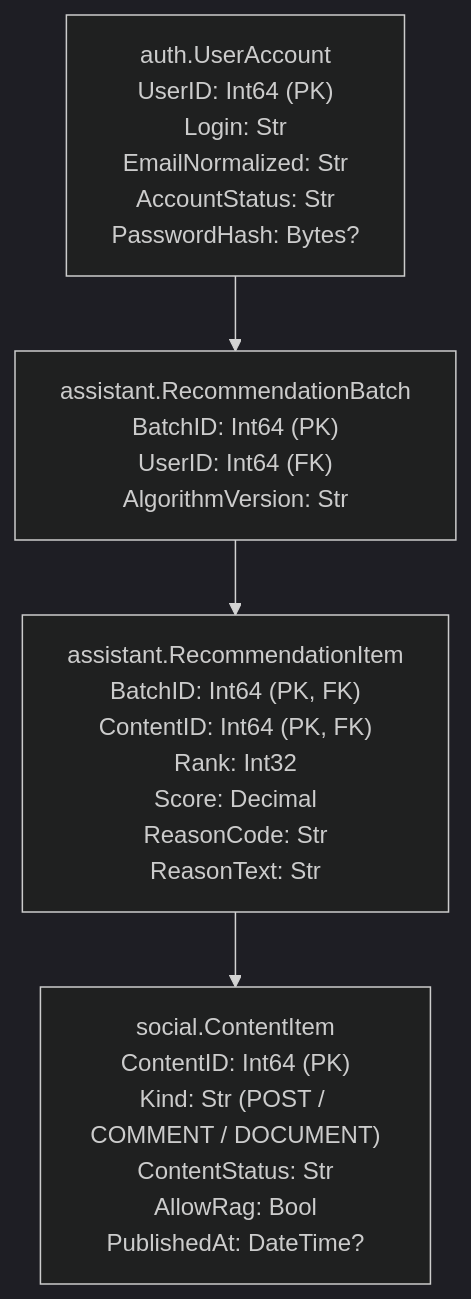
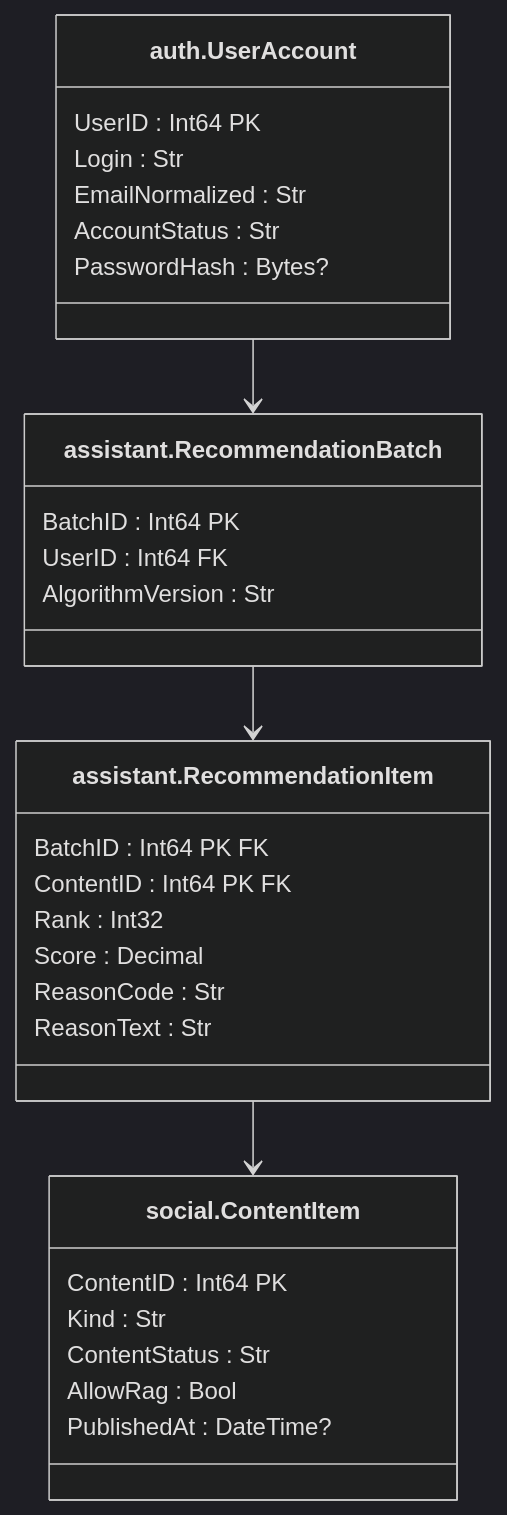
Before and after one commit to lkeey/BIVT-labs: diagram 13 of 15 in 03SQL-CourseWork/architecture/database-model.md, drawn with Mermaid (dark theme). The commit also changed other lines of this file, not shown here.

Commit message:
docs: center database table titles in diagrams

```diff
--- a/03SQL-CourseWork/architecture/database-model.md
+++ b/03SQL-CourseWork/architecture/database-model.md
@@ -181,8 +532,34 @@
 ~~~mermaid
-flowchart TB
-    U["auth.UserAccount<br/>UserID: Int64 (PK)<br/>Login: Str<br/>EmailNormalized: Str<br/>AccountStatus: Str<br/>PasswordHash: Bytes?"]
-    B["assistant.RecommendationBatch<br/>BatchID: Int64 (PK)<br/>UserID: Int64 (FK)<br/>AlgorithmVersion: Str"]
-    I["assistant.RecommendationItem<br/>BatchID: Int64 (PK, FK)<br/>ContentID: Int64 (PK, FK)<br/>Rank: Int32<br/>Score: Decimal<br/>ReasonCode: Str<br/>ReasonText: Str"]
-    C["social.ContentItem<br/>ContentID: Int64 (PK)<br/>Kind: Str (POST / COMMENT / DOCUMENT)<br/>ContentStatus: Str<br/>AllowRag: Bool<br/>PublishedAt: DateTime?"]
-    U --> B --> I --> C
+classDiagram
+    direction TB
+    class U["auth.UserAccount"] {
+        UserID : Int64 PK
+        Login : Str
+        EmailNormalized : Str
+        AccountStatus : Str
+        PasswordHash : Bytes?
+    }
+    class B["assistant.RecommendationBatch"] {
+        BatchID : Int64 PK
+        UserID : Int64 FK
+        AlgorithmVersion : Str
+    }
+    class I["assistant.RecommendationItem"] {
+        BatchID : Int64 PK FK
+        ContentID : Int64 PK FK
+        Rank : Int32
+        Score : Decimal
+        ReasonCode : Str
+        ReasonText : Str
+    }
+    class C["social.ContentItem"] {
+        ContentID : Int64 PK
+        Kind : Str
+        ContentStatus : Str
+        AllowRag : Bool
+        PublishedAt : DateTime?
+    }
+    U --> B
+    B --> I
+    I --> C
 ~~~
```
